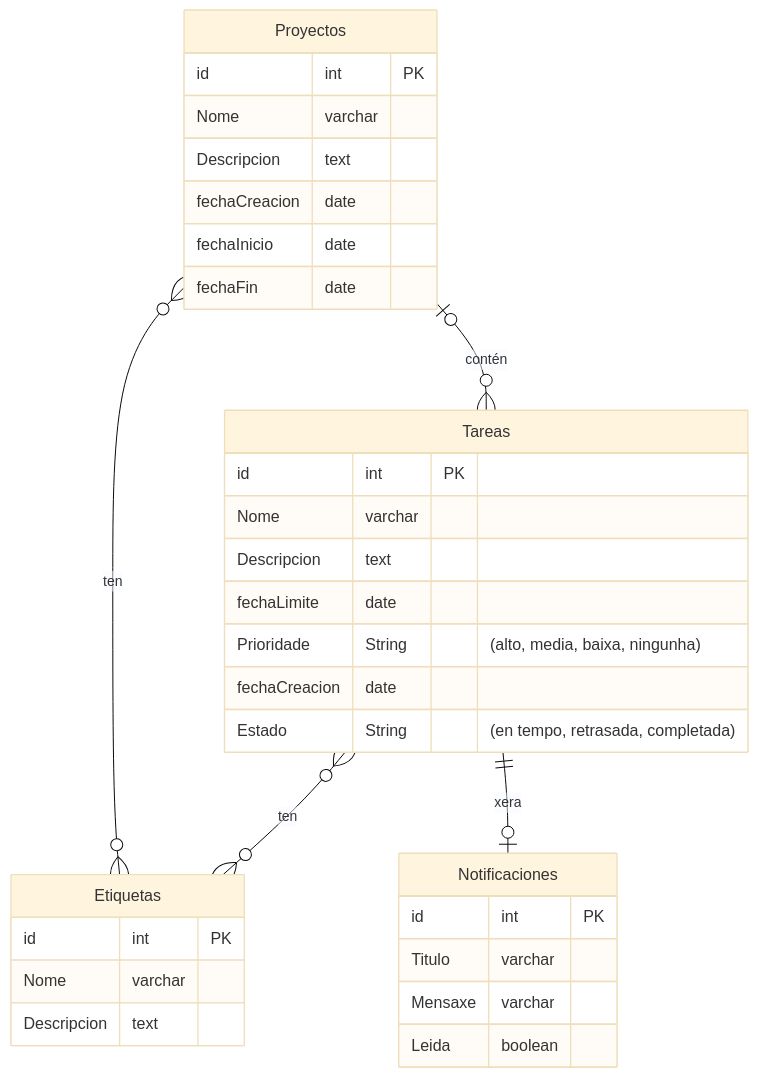
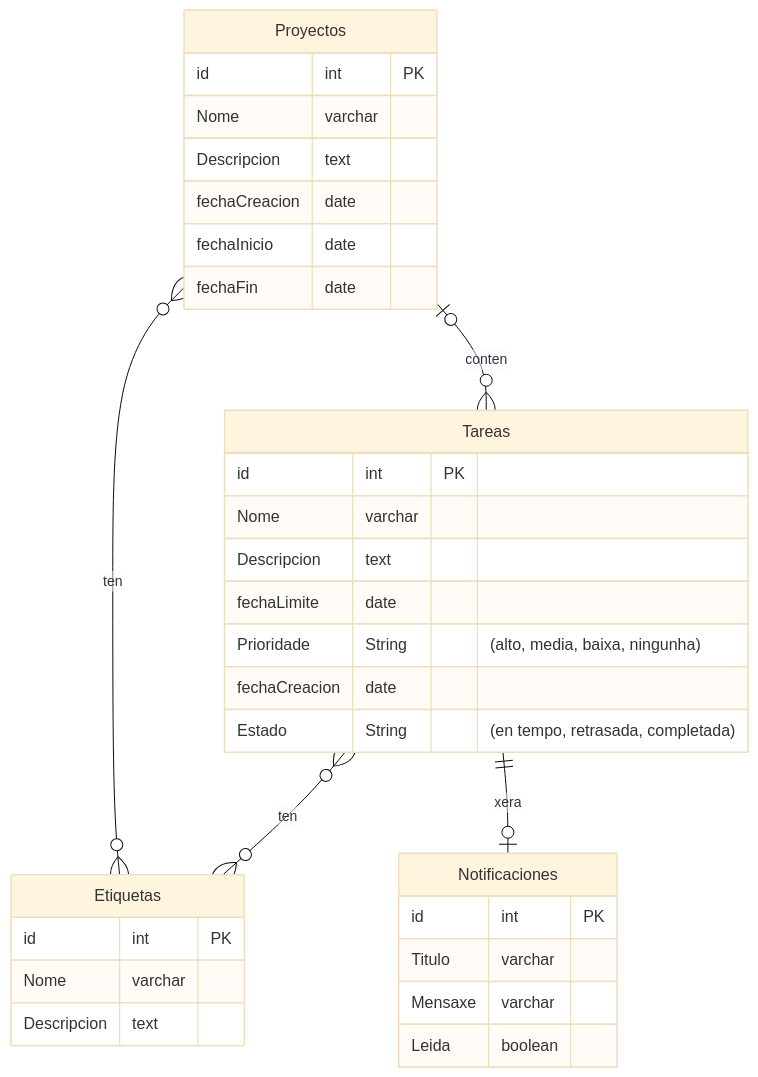
The third of 4 diagrams in doc/templates/3_deseño.md (a19albertons/Tus-Tareas), drawn with Mermaid (base theme) before and after one commit.

Commit message:
Parchear para el gitlab la base de datos

````diff
--- a/doc/templates/3_deseño.md
+++ b/doc/templates/3_deseño.md
@@ -58,38 +58,38 @@
 ```mermaid
 erDiagram
     %% taboas
     Tareas {
         id int PK
         Nome varchar
         Descripcion text
         fechaLimite date
         Prioridade String "(alto, media, baixa, ningunha)"
         fechaCreacion date
         Estado String "(en tempo, retrasada, completada)"
     }
     Proyectos {
         id int PK
         Nome varchar
         Descripcion text
         fechaCreacion date
         fechaInicio date
         fechaFin date
     }
     Etiquetas {
         id int PK
         Nome varchar
         Descripcion text
     }
     Notificaciones {
         id int PK
         Titulo varchar
         Mensaxe varchar
         Leida boolean
     }
 
-    %% relacións
-    Proyectos o|--o{ Tareas : contén
+    %% relacións  --- Actualizar la versión mermaid no le gustan las tildes, pero las versiones as más reciente si.
+    Proyectos o|--o{ Tareas : conten
     Proyectos o{--o{ Etiquetas : ten
     Tareas o{--o{ Etiquetas : ten
     Tareas ||--o| Notificaciones : xera
 ```
````
